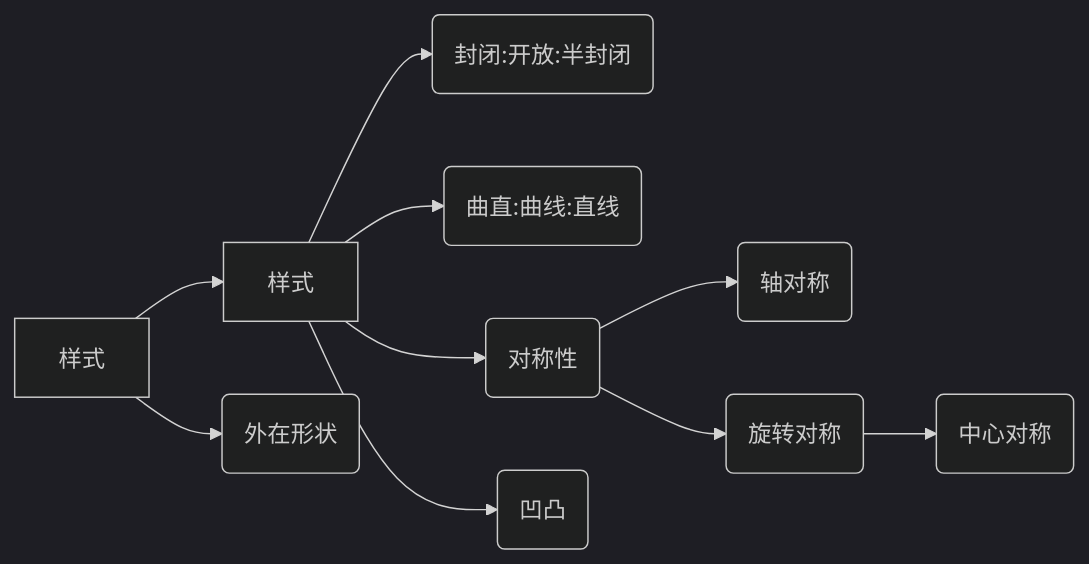
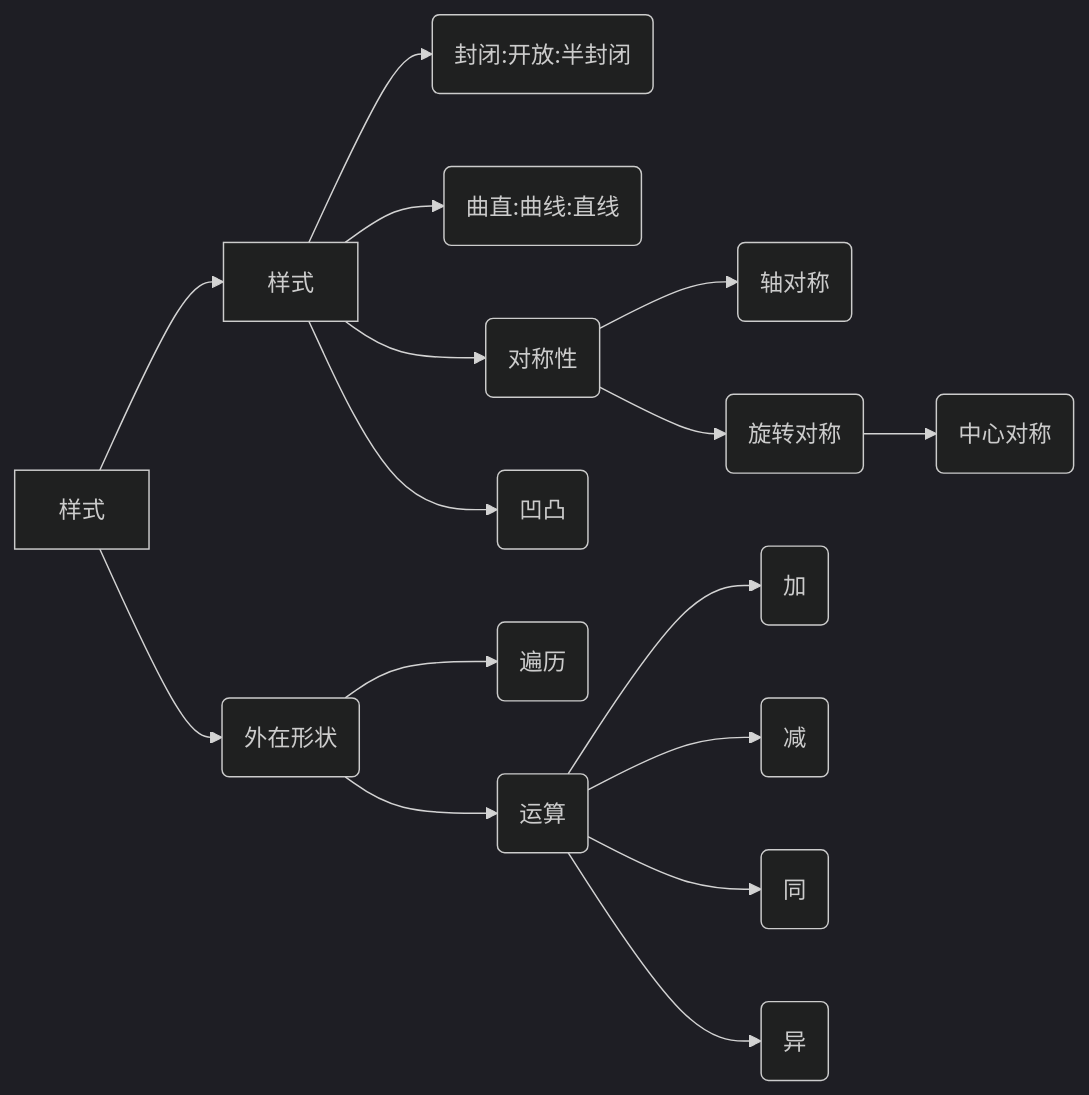
Before and after one commit to sunuanwuhou/ashore: the ninth of 10 diagrams in src/main/gongwu/xingce/爆发/4.判断推理.md, drawn with Mermaid (dark theme). The commit also changed other lines of this file and 16 other files, not shown here.

````diff
--- a/src/main/gongwu/xingce/爆发/4.判断推理.md
+++ b/src/main/gongwu/xingce/爆发/4.判断推理.md
@@ -919,21 +919,29 @@
  ```mermaid
   
   graph LR
   
  A[样式] -->C(内在属性)
  
  C[样式] -->H(封闭:开放:半封闭)
  C[样式] -->J(曲直:曲线:直线)
  C[样式] -->K(对称性)
   K -->k1(轴对称)
   K -->k12(旋转对称) -->k121(中心对称)
  C[样式] -->L(凹凸)
   
  
  
  
  A --> D(外在形状)
+ 
+ D --> V(遍历)
+ D --> B(运算)
+ 
+ B --> B1(加)
+ B --> B2(减)
+ B --> B3(同)
+ B --> B4(异)
 
 
 
  ```
````
